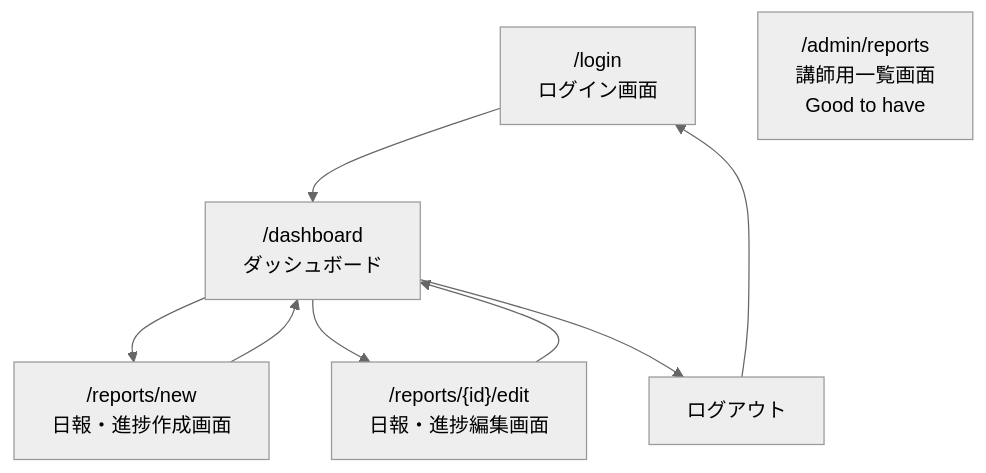
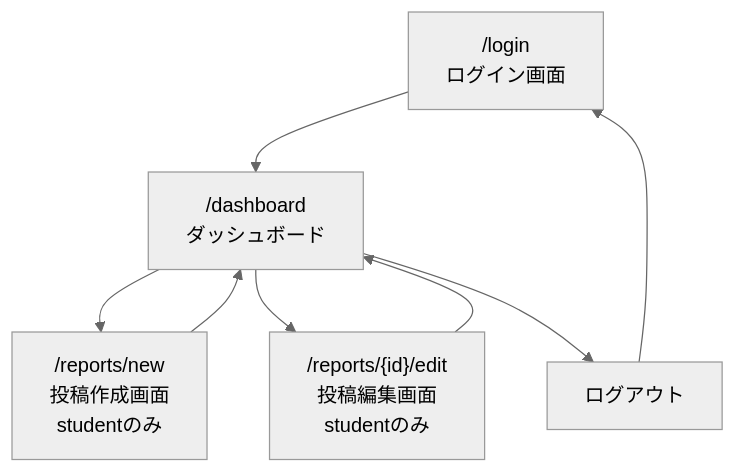
The diagram in project-TeamC/docs/画面設計.md (KomaSunny/learning-progress-tracker), drawn with Mermaid (neutral theme) before and after one commit. The commit also changed other lines of this file, not shown here.

````diff
--- a/project-TeamC/docs/画面設計.md
+++ b/project-TeamC/docs/画面設計.md
@@ -18,12 +24,10 @@
 ```mermaid
 flowchart TD
   A["/login<br>ログイン画面"] --> B["/dashboard<br>ダッシュボード"]
-  B --> C["/reports/new<br>日報・進捗作成画面"]
-  B --> D["/reports/{id}/edit<br>日報・進捗編集画面"]
+  B --> C["/reports/new<br>投稿作成画面<br>studentのみ"]
+  B --> D["/reports/{id}/edit<br>投稿編集画面<br>studentのみ"]
   C --> B
   D --> B
   B --> E["ログアウト"]
   E --> A
-
-  F["/admin/reports<br>講師用一覧画面<br>Good to have"]
 ```
````
